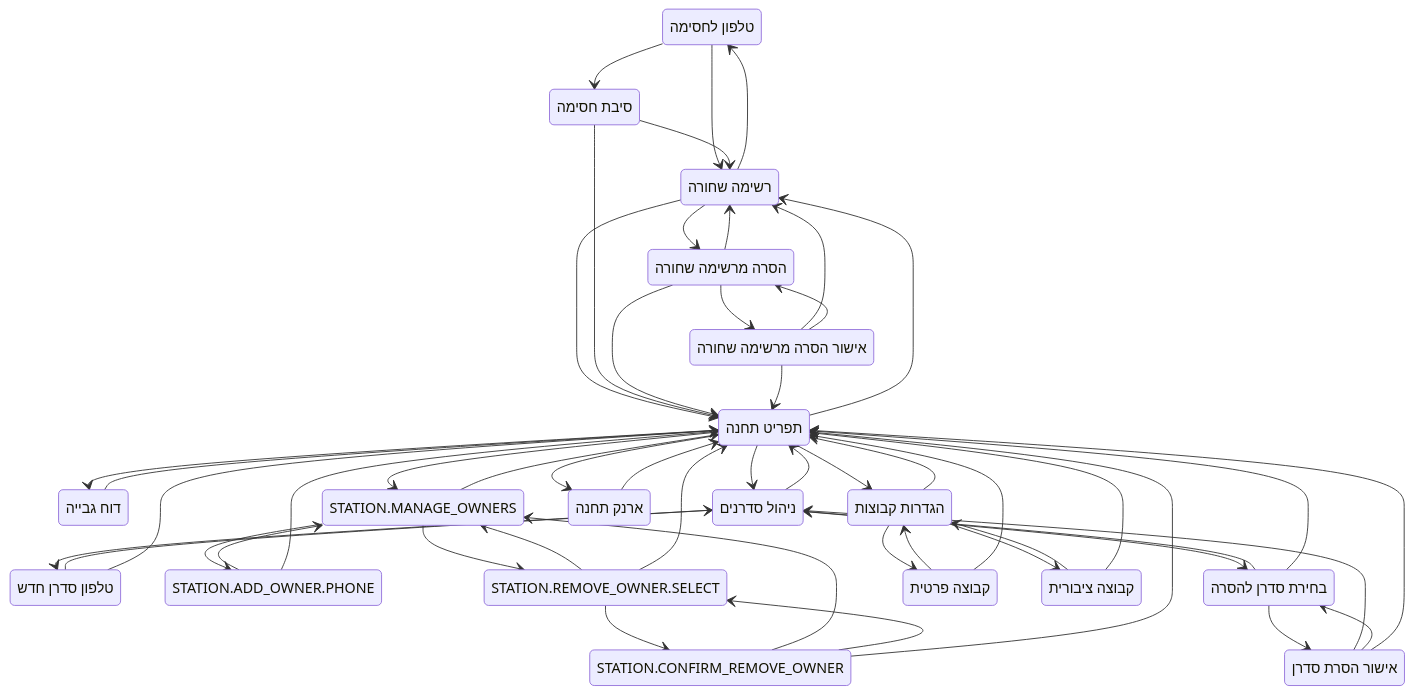
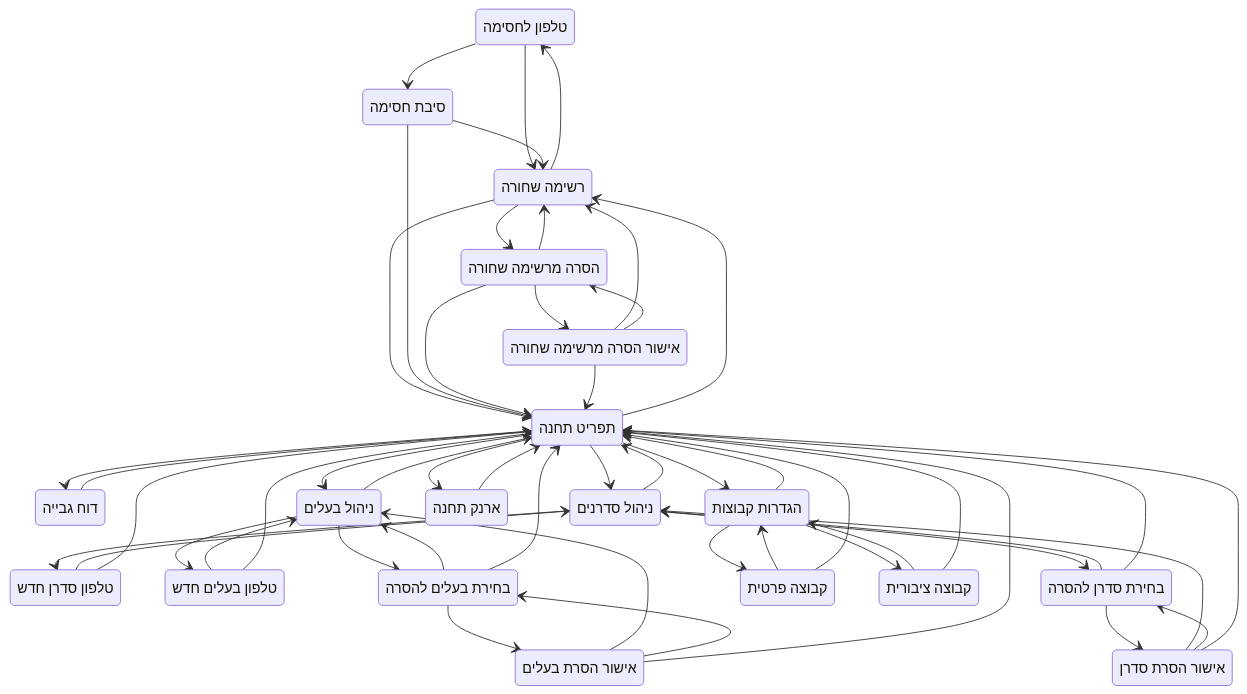
Before and after one commit to amirbiron/Shipment-bot: the fourth of 6 diagrams in CLAUDE.md, drawn with Mermaid. The commit also changed 1 other file, not shown here.

Commit message:
הוספת תוויות עברית ל-states חדשים בדיאגרמות
תיקון כשלון בדיקה: חסרו תוויות ל-MANAGE_OWNERS, ADD_OWNER_PHONE,
REMOVE_OWNER_SELECT ו-CONFIRM_REMOVE_OWNER ב-STATION_OWNER_LABELS.

https://claude.ai/code/session_013pAnsDFCJgrPXPp9AGPmqm

````diff
--- a/CLAUDE.md
+++ b/CLAUDE.md
@@ -185,74 +185,74 @@
 ```mermaid
 stateDiagram-v2
     STATION_ADD_BLACKLIST_PHONE : טלפון לחסימה
     STATION_ADD_BLACKLIST_REASON : סיבת חסימה
     STATION_ADD_DISPATCHER_PHONE : טלפון סדרן חדש
-    STATION_ADD_OWNER_PHONE : STATION.ADD_OWNER.PHONE
+    STATION_ADD_OWNER_PHONE : טלפון בעלים חדש
     STATION_COLLECTION_REPORT : דוח גבייה
     STATION_CONFIRM_REMOVE_BLACKLIST : אישור הסרה מרשימה שחורה
     STATION_CONFIRM_REMOVE_DISPATCHER : אישור הסרת סדרן
-    STATION_CONFIRM_REMOVE_OWNER : STATION.CONFIRM_REMOVE_OWNER
+    STATION_CONFIRM_REMOVE_OWNER : אישור הסרת בעלים
     STATION_GROUP_SETTINGS : הגדרות קבוצות
     STATION_MANAGE_DISPATCHERS : ניהול סדרנים
-    STATION_MANAGE_OWNERS : STATION.MANAGE_OWNERS
+    STATION_MANAGE_OWNERS : ניהול בעלים
     STATION_MENU : תפריט תחנה
     STATION_REMOVE_BLACKLIST_SELECT : הסרה מרשימה שחורה
     STATION_REMOVE_DISPATCHER_SELECT : בחירת סדרן להסרה
-    STATION_REMOVE_OWNER_SELECT : STATION.REMOVE_OWNER.SELECT
+    STATION_REMOVE_OWNER_SELECT : בחירת בעלים להסרה
     STATION_SET_PRIVATE_GROUP : קבוצה פרטית
     STATION_SET_PUBLIC_GROUP : קבוצה ציבורית
     STATION_VIEW_BLACKLIST : רשימה שחורה
     STATION_VIEW_WALLET : ארנק תחנה
 
 
     STATION_MENU --> STATION_MANAGE_OWNERS
     STATION_MENU --> STATION_MANAGE_DISPATCHERS
     STATION_MENU --> STATION_VIEW_WALLET
     STATION_MENU --> STATION_COLLECTION_REPORT
     STATION_MENU --> STATION_VIEW_BLACKLIST
     STATION_MENU --> STATION_GROUP_SETTINGS
     STATION_MANAGE_OWNERS --> STATION_ADD_OWNER_PHONE
     STATION_MANAGE_OWNERS --> STATION_REMOVE_OWNER_SELECT
     STATION_MANAGE_OWNERS --> STATION_MENU
     STATION_ADD_OWNER_PHONE --> STATION_MANAGE_OWNERS
     STATION_ADD_OWNER_PHONE --> STATION_MENU
     STATION_REMOVE_OWNER_SELECT --> STATION_CONFIRM_REMOVE_OWNER
     STATION_REMOVE_OWNER_SELECT --> STATION_MANAGE_OWNERS
     STATION_REMOVE_OWNER_SELECT --> STATION_MENU
     STATION_CONFIRM_REMOVE_OWNER --> STATION_MANAGE_OWNERS
     STATION_CONFIRM_REMOVE_OWNER --> STATION_REMOVE_OWNER_SELECT
     STATION_CONFIRM_REMOVE_OWNER --> STATION_MENU
     STATION_MANAGE_DISPATCHERS --> STATION_ADD_DISPATCHER_PHONE
     STATION_MANAGE_DISPATCHERS --> STATION_REMOVE_DISPATCHER_SELECT
     STATION_MANAGE_DISPATCHERS --> STATION_MENU
     STATION_ADD_DISPATCHER_PHONE --> STATION_MANAGE_DISPATCHERS
     STATION_ADD_DISPATCHER_PHONE --> STATION_MENU
     STATION_REMOVE_DISPATCHER_SELECT --> STATION_CONFIRM_REMOVE_DISPATCHER
     STATION_REMOVE_DISPATCHER_SELECT --> STATION_MANAGE_DISPATCHERS
     STATION_REMOVE_DISPATCHER_SELECT --> STATION_MENU
     STATION_CONFIRM_REMOVE_DISPATCHER --> STATION_MANAGE_DISPATCHERS
     STATION_CONFIRM_REMOVE_DISPATCHER --> STATION_REMOVE_DISPATCHER_SELECT
     STATION_CONFIRM_REMOVE_DISPATCHER --> STATION_MENU
     STATION_VIEW_WALLET --> STATION_MENU
     STATION_COLLECTION_REPORT --> STATION_MENU
     STATION_VIEW_BLACKLIST --> STATION_ADD_BLACKLIST_PHONE
     STATION_VIEW_BLACKLIST --> STATION_REMOVE_BLACKLIST_SELECT
     STATION_VIEW_BLACKLIST --> STATION_MENU
     STATION_ADD_BLACKLIST_PHONE --> STATION_ADD_BLACKLIST_REASON
     STATION_ADD_BLACKLIST_PHONE --> STATION_VIEW_BLACKLIST
     STATION_ADD_BLACKLIST_REASON --> STATION_VIEW_BLACKLIST
     STATION_ADD_BLACKLIST_REASON --> STATION_MENU
     STATION_REMOVE_BLACKLIST_SELECT --> STATION_CONFIRM_REMOVE_BLACKLIST
     STATION_REMOVE_BLACKLIST_SELECT --> STATION_VIEW_BLACKLIST
     STATION_REMOVE_BLACKLIST_SELECT --> STATION_MENU
     STATION_CONFIRM_REMOVE_BLACKLIST --> STATION_VIEW_BLACKLIST
     STATION_CONFIRM_REMOVE_BLACKLIST --> STATION_REMOVE_BLACKLIST_SELECT
     STATION_CONFIRM_REMOVE_BLACKLIST --> STATION_MENU
     STATION_GROUP_SETTINGS --> STATION_SET_PUBLIC_GROUP
     STATION_GROUP_SETTINGS --> STATION_SET_PRIVATE_GROUP
     STATION_GROUP_SETTINGS --> STATION_MENU
     STATION_SET_PUBLIC_GROUP --> STATION_GROUP_SETTINGS
     STATION_SET_PUBLIC_GROUP --> STATION_MENU
     STATION_SET_PRIVATE_GROUP --> STATION_GROUP_SETTINGS
     STATION_SET_PRIVATE_GROUP --> STATION_MENU
 ```
````
